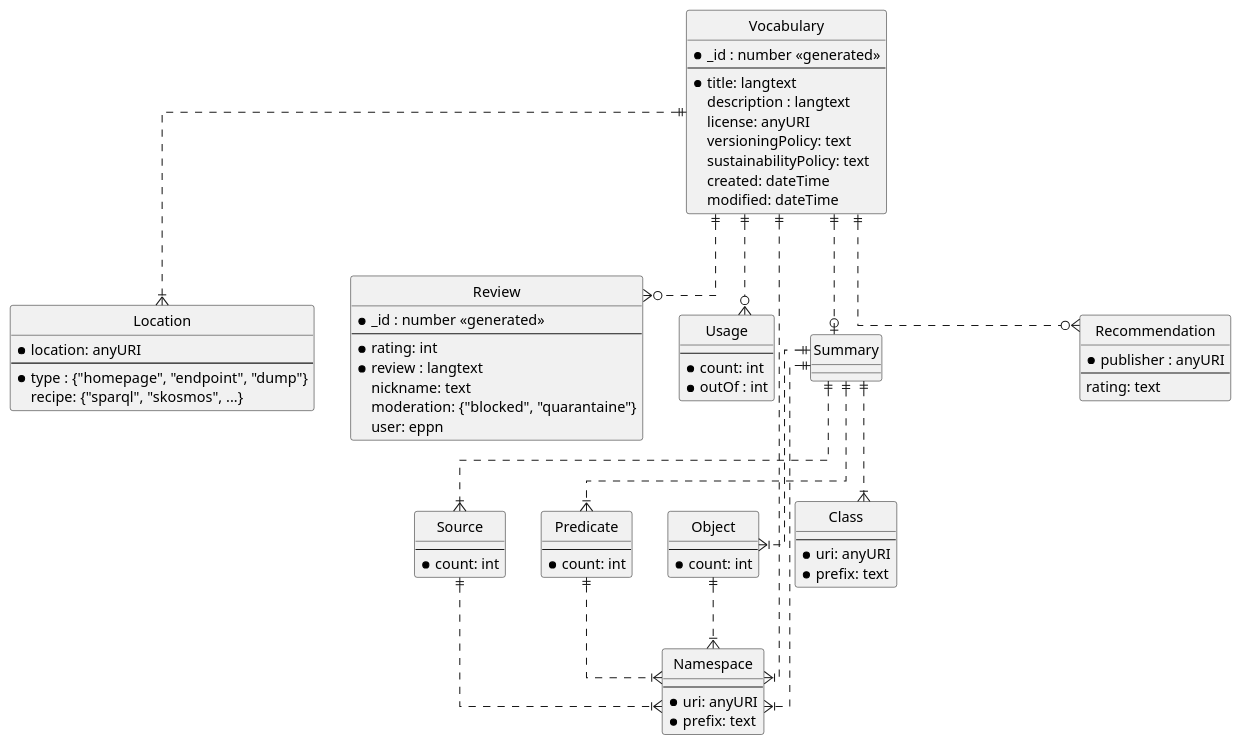
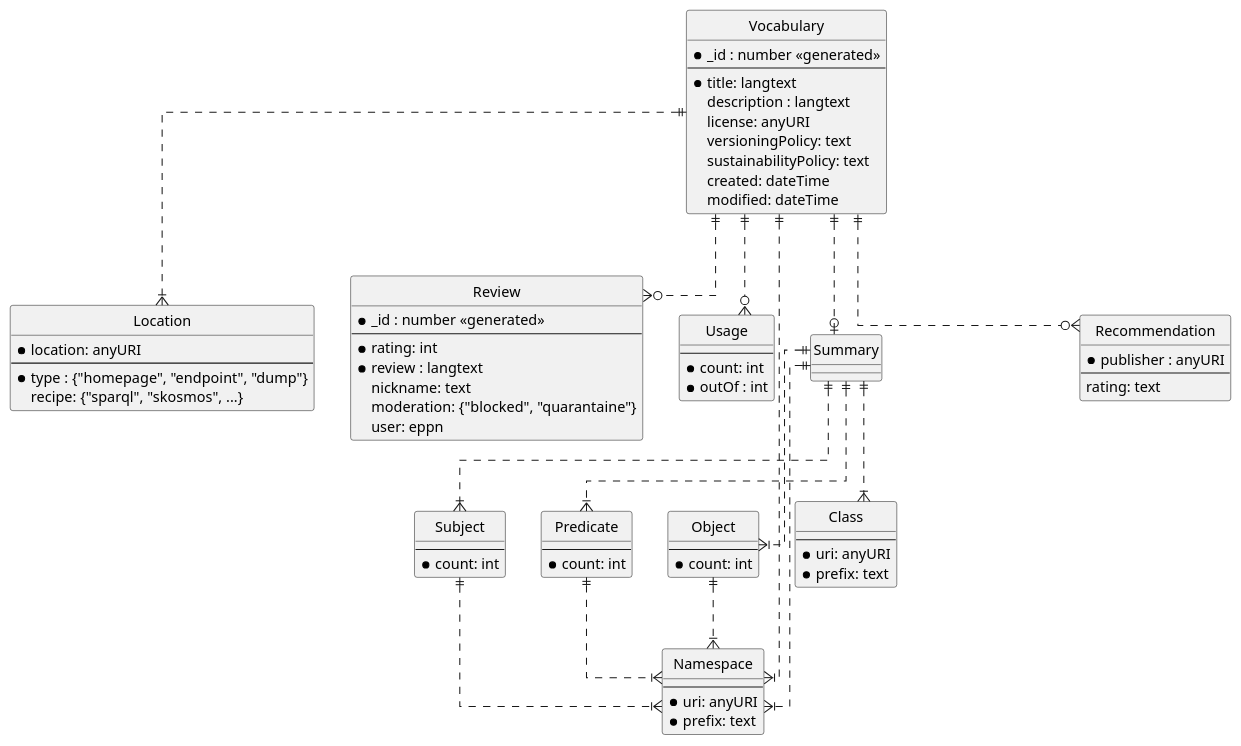
The diagram in documentation/model.plantuml (ekoi/vocab-registry), drawn with PlantUML before and after one commit. The commit also changed 2 other files, not shown here.

```diff
--- a/documentation/model.plantuml
+++ b/documentation/model.plantuml
@@ -1,99 +1,99 @@
 @startuml
 
 ' hide the spot
 hide circle
 
 ' avoid problems with angled crows feet
 skinparam linetype ortho
 
 entity "Vocabulary" as vocab {
   *_id : number <<generated>>
   --
   *title: langtext
   description : langtext
   license: anyURI 
   'license uri from a known set
   versioningPolicy: text
   sustainabilityPolicy: text
   created: dateTime
   modified: dateTime
 }
 
 entity "Location" as loc {
   *location: anyURI
   --
   *type : {"homepage", "endpoint", "dump"}
   recipe: {"sparql", "skosmos", ...}
 }
 
 entity "Review" as rev {
   *_id : number <<generated>>
   --
   *rating: int
   *review : langtext
   nickname: text
   moderation: {"blocked", "quarantaine"}
   user: eppn
 }
 
 entity "Usage" as use {
   --
   *count: int
   *outOf : int
 }
 
 entity "Summary" as sum {
 }
 
-entity "Source" as s {
+entity "Subject" as s {
   --
   *count: int
 }
 
 entity "Predicate" as p {
   --
   *count: int
 }
 
 entity "Object" as o {
   --
   *count: int
 }
 
 entity "Class" as cl {
   --
   *uri: anyURI
   *prefix: text
 }
 
 entity "Namespace" as ns {
   --
   *uri: anyURI
   *prefix: text
 }
 
 entity "Recommendation" as rec {
   *publisher : anyURI
   --
   rating: text
   ' publisher uri's come from known domains
 }
 
 vocab ||..|{ loc
 vocab ||..o{ rev
 vocab ||..o{ use
 vocab ||..o| sum
 vocab ||..o{ rec
 
 sum ||..|{ s
 sum ||..|{ p
 sum ||..|{ o
 sum ||..|{ cl
 
 vocab ||..|{ ns
 sum ||..|{ ns
 s ||..|{ ns
 p ||..|{ ns
 o ||..|{ ns
 
 @enduml
```
